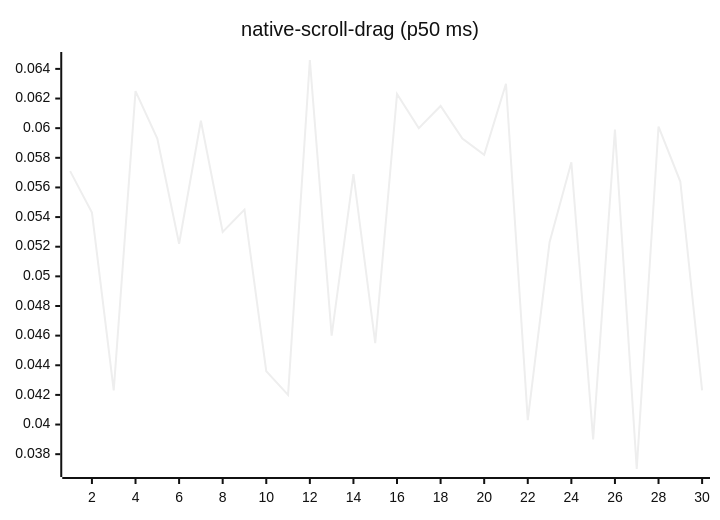
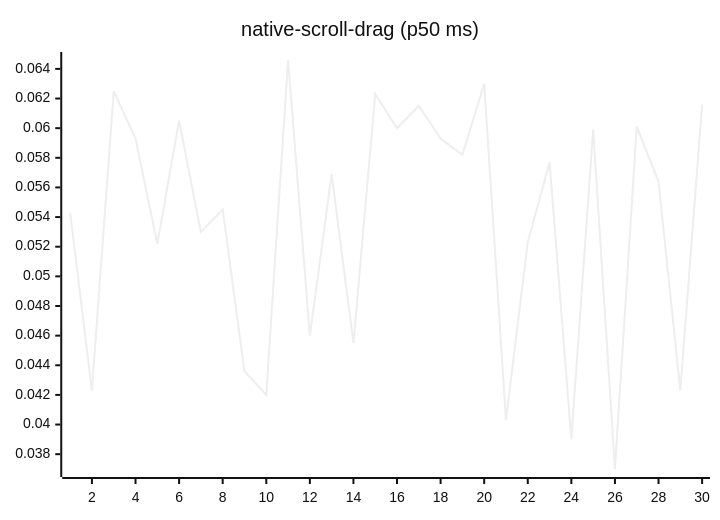
Before and after one commit to josha/Facet: diagram 14 of 27 in README.md, drawn with Mermaid (neutral theme). The commit also changed other lines of this file and 2 other files, not shown here.

````diff
--- a/README.md
+++ b/README.md
@@ -154,6 +154,6 @@
 ```mermaid
 xychart-beta
     title "native-scroll-drag (p50 ms)"
     x-axis 1 --> 30
-    line [0.0571, 0.0543, 0.0423, 0.0625, 0.0593, 0.0522, 0.0605, 0.0530, 0.0545, 0.0436, 0.0420, 0.0646, 0.0460, 0.0569, 0.0455, 0.0623, 0.0600, 0.0615, 0.0593, 0.0582, 0.0630, 0.0403, 0.0523, 0.0577, 0.0390, 0.0599, 0.0370, 0.0601, 0.0564, 0.0423]
+    line [0.0543, 0.0423, 0.0625, 0.0593, 0.0522, 0.0605, 0.0530, 0.0545, 0.0436, 0.0420, 0.0646, 0.0460, 0.0569, 0.0455, 0.0623, 0.0600, 0.0615, 0.0593, 0.0582, 0.0630, 0.0403, 0.0523, 0.0577, 0.0390, 0.0599, 0.0370, 0.0601, 0.0564, 0.0423, 0.0616]
 ```
````
